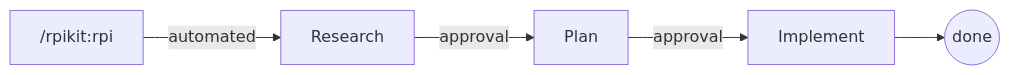
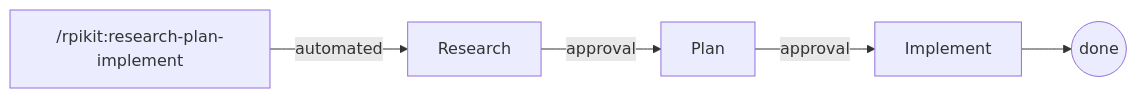
One commit to bostonaholic/rpikit changed the first of 2 diagrams in README.md. Above: the diagram before and after it, drawn with Mermaid. The commit also changed other lines of this file and 17 other files, not shown here.

````diff
--- a/README.md
+++ b/README.md
@@ -44,7 +44,7 @@
 ```mermaid
 flowchart LR
-    rpi["/rpikit:rpi"] -->|automated| research[Research]
+    rpi["/rpikit:research-plan-implement"] -->|automated| research[Research]
     research -->|approval| plan[Plan]
     plan -->|approval| implement[Implement]
     implement --> done((done))
 ```
````
